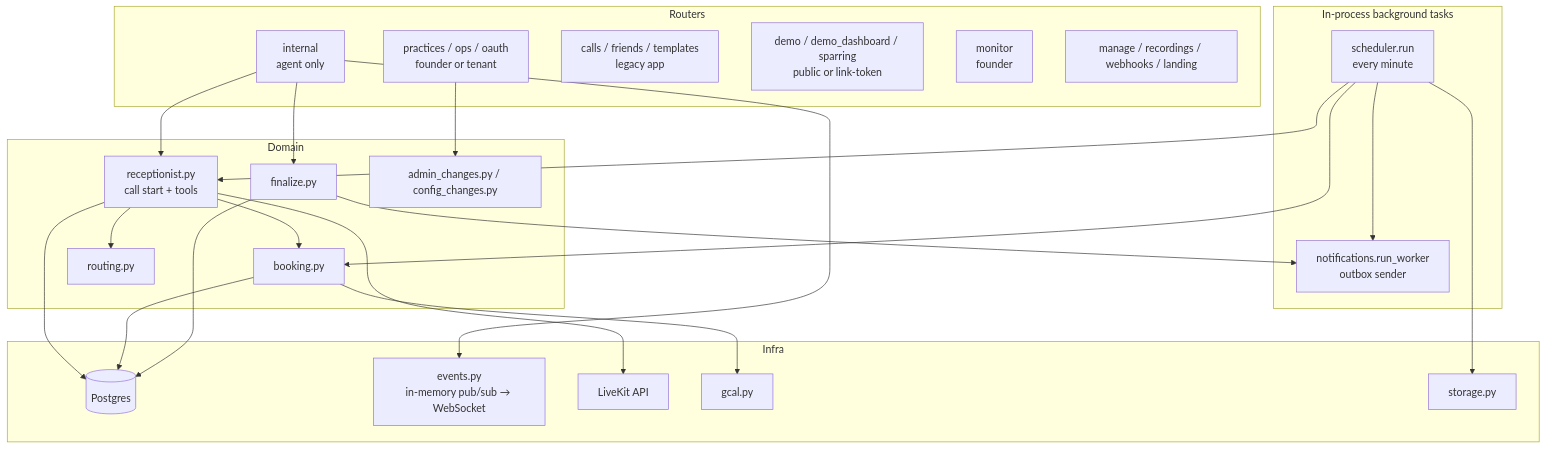
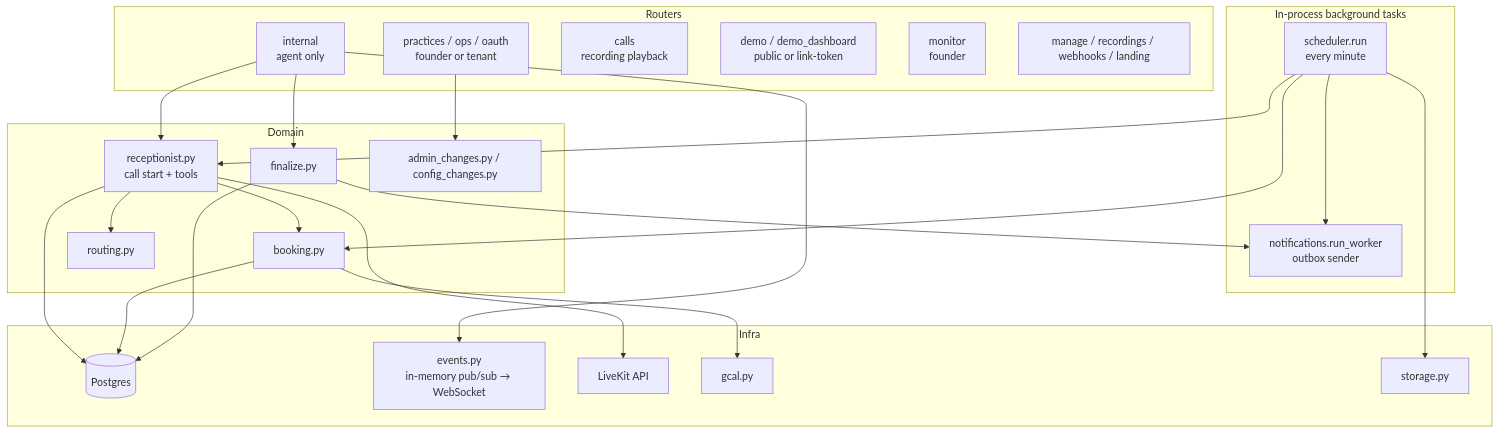
The sixth of 7 diagrams in README.md (alexkoukos/voiceagent), drawn with Mermaid before and after one commit. The commit also changed other lines of this file and 5 other files, not shown here.

````diff
--- a/README.md
+++ b/README.md
@@ -455,42 +449,42 @@
 ```mermaid
 flowchart TB
     subgraph Routers
         r1[internal<br/>agent only] 
         r2[practices / ops / oauth<br/>founder or tenant]
-        r3[calls / friends / templates<br/>legacy app]
-        r4[demo / demo_dashboard / sparring<br/>public or link-token]
+        r3[calls<br/>recording playback]
+        r4[demo / demo_dashboard<br/>public or link-token]
         r5[monitor<br/>founder]
         r6[manage / recordings / webhooks / landing]
     end
 
     subgraph Domain
         rc[receptionist.py<br/>call start + tools]
         bk[booking.py]
         rt[routing.py]
         fz[finalize.py]
         ad[admin_changes.py / config_changes.py]
     end
 
     subgraph Background[In-process background tasks]
         nw[notifications.run_worker<br/>outbox sender]
         sc[scheduler.run<br/>every minute]
     end
 
     subgraph Infra
         db[(Postgres)]
         ev[events.py<br/>in-memory pub/sub → WebSocket]
         lk[LiveKit API]
         gc[gcal.py]
         st[storage.py]
     end
 
     r1 --> rc --> bk & rt
     r1 --> fz
     r2 --> ad
     rc & bk & fz --> db
     rc --> lk
     bk --> gc
     fz --> nw
     sc --> rc & bk & st & nw
     r1 --> ev
 ```
````
